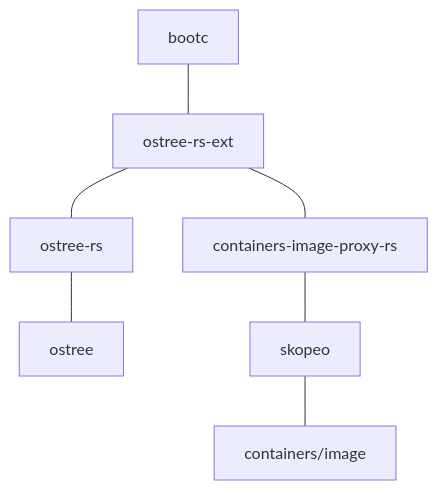
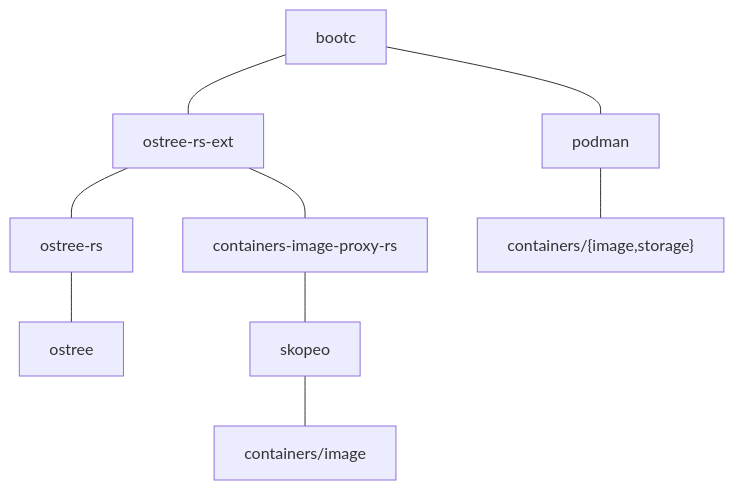
Before and after one commit to containers/bootc: the diagram in docs/src/filesystem-storage.md, drawn with Mermaid. The commit also changed other lines of this file and 2 other files, not shown here.

````diff
--- a/docs/src/filesystem-storage.md
+++ b/docs/src/filesystem-storage.md
@@ -9,5 +11,6 @@
 ```mermaid
 flowchart TD
     bootc --- ostree-rs-ext --- ostree-rs --- ostree
     ostree-rs-ext --- containers-image-proxy-rs --- skopeo --- containers/image
+    bootc --- podman --- image-storage["containers/{image,storage}"]
 ```
````
